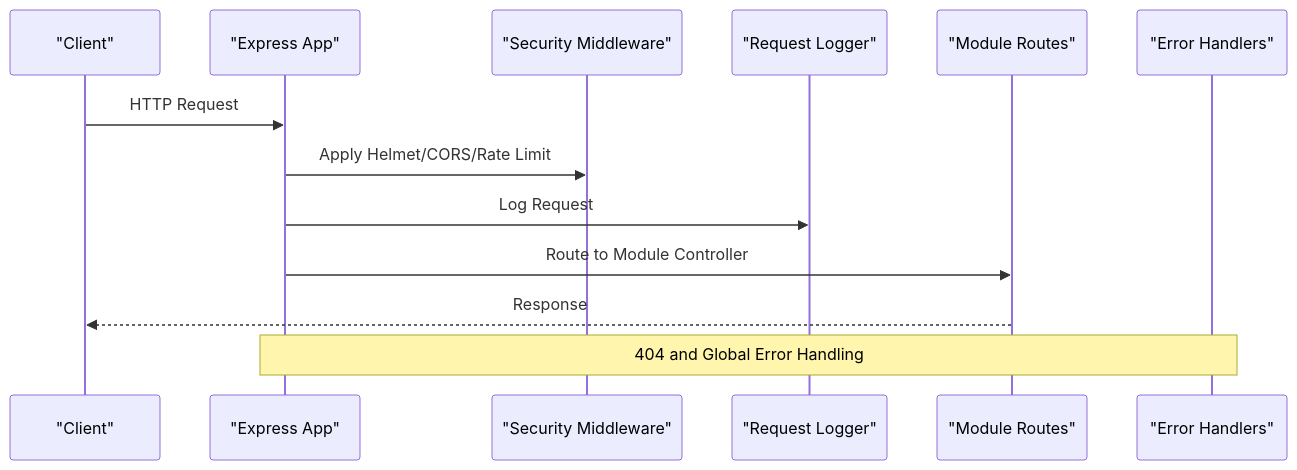
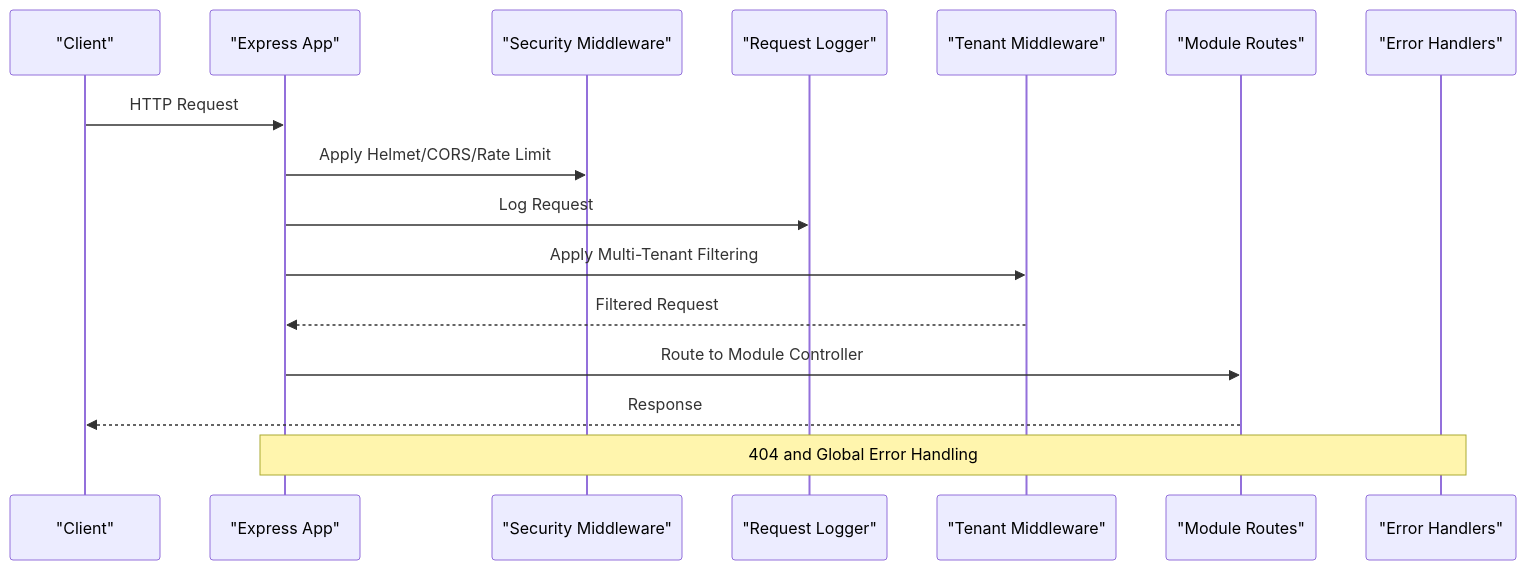
One commit to franckylab/eLISAschool changed the fourth of 15 diagrams in .qoder/repowiki/en/content/Development & Testing Guide/Development & Testing Guide.md. Above: the diagram before and after it, drawn with Mermaid. The commit also changed other lines of this file and 281 other files, not shown here.

````diff
--- a/.qoder/repowiki/en/content/Development & Testing Guide/Development & Testing Guide.md
+++ b/.qoder/repowiki/en/content/Development & Testing Guide/Development & Testing Guide.md
@@ -195,15 +250,18 @@
 ```mermaid
 sequenceDiagram
 participant Client as "Client"
 participant Express as "Express App"
 participant Sec as "Security Middleware"
 participant LogInt as "Request Logger"
+participant TenantMW as "Tenant Middleware"
 participant Router as "Module Routes"
 participant Err as "Error Handlers"
 Client->>Express : HTTP Request
 Express->>Sec : Apply Helmet/CORS/Rate Limit
 Express->>LogInt : Log Request
+Express->>TenantMW : Apply Multi-Tenant Filtering
+TenantMW-->>Express : Filtered Request
 Express->>Router : Route to Module Controller
 Router-->>Client : Response
 Note over Express,Err : 404 and Global Error Handling
 ```
````
